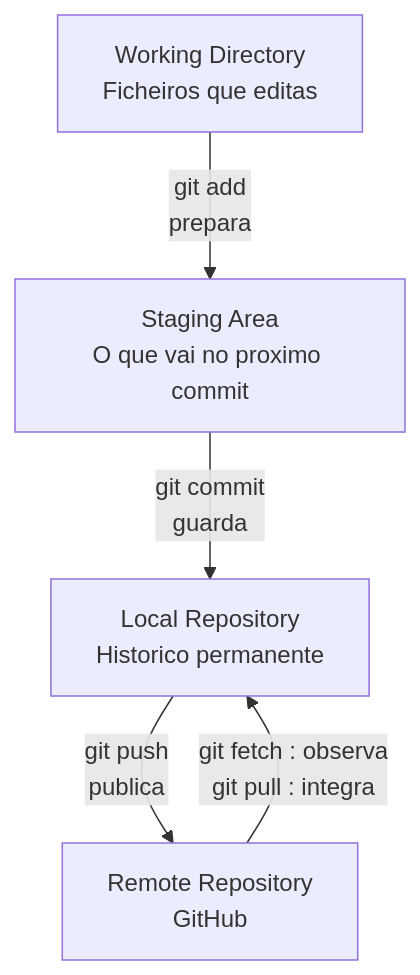
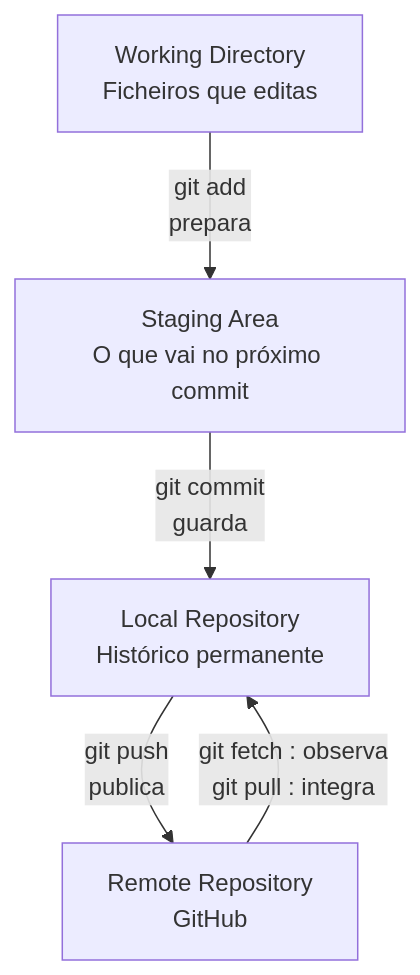
One commit to BerniloBernardo-boot/Git-e-GitHub changed the first of 2 diagrams in 03-Comandos-Essenciais/01-init-clone-status-add-commit.md. Above: the diagram before and after it, drawn with Mermaid. The commit also changed other lines of this file and 13 other files, not shown here.

Commit message:
docs: traduz elementos explicativos dos diagramas para PT-PT

````diff
--- a/03-Comandos-Essenciais/01-init-clone-status-add-commit.md
+++ b/03-Comandos-Essenciais/01-init-clone-status-add-commit.md
@@ -8,7 +8,7 @@
 ```mermaid
 flowchart TD
-    A["Working Directory<br/>Ficheiros que editas"] -->|"git add<br/>prepara"| B["Staging Area<br/>O que vai no proximo commit"]
-    B -->|"git commit<br/>guarda"| C["Local Repository<br/>Historico permanente"]
+    A["Working Directory<br/>Ficheiros que editas"] -->|"git add<br/>prepara"| B["Staging Area<br/>O que vai no próximo commit"]
+    B -->|"git commit<br/>guarda"| C["Local Repository<br/>Histórico permanente"]
     C -->|"git push<br/>publica"| D["Remote Repository<br/>GitHub"]
     D -->|"git fetch : observa<br/>git pull : integra"| C
 ```
````
